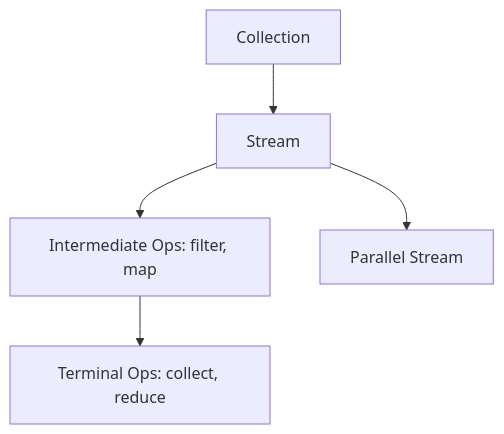
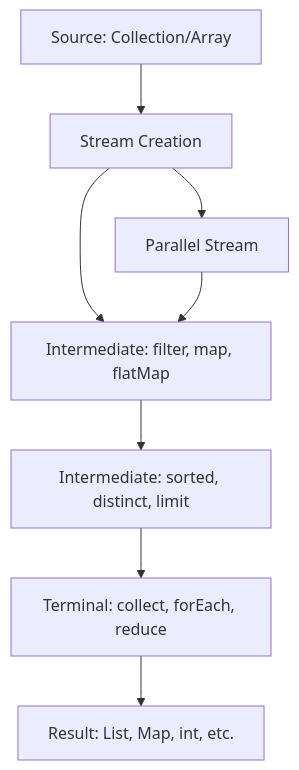
Before and after one commit to VrushankPatel/interview-matters: the second of 2 diagrams in java-stream-api-and-functional-programming/README.md, drawn with Mermaid. The commit also changed other lines of this file and 1 other file, not shown here.

Commit message:
kb: add/update topics Collections & Data Structures, Java Stream API & Functional Programming, System Design Basics, High Scalability Patterns, CAP Theorem & Distributed Systems

````diff
--- a/java-stream-api-and-functional-programming/README.md
+++ b/java-stream-api-and-functional-programming/README.md
@@ -47,7 +133,10 @@
 ```mermaid
 graph TD
-    A[Collection] --> B[Stream]
-    B --> C[Intermediate Ops: filter, map]
-    C --> D[Terminal Ops: collect, reduce]
-    B --> E[Parallel Stream]
+    A[Source: Collection/Array] --> B[Stream Creation]
+    B --> C[Intermediate: filter, map, flatMap]
+    C --> D[Intermediate: sorted, distinct, limit]
+    D --> E[Terminal: collect, forEach, reduce]
+    E --> F[Result: List, Map, int, etc.]
+    B --> G[Parallel Stream]
+    G --> C
 ```
````
